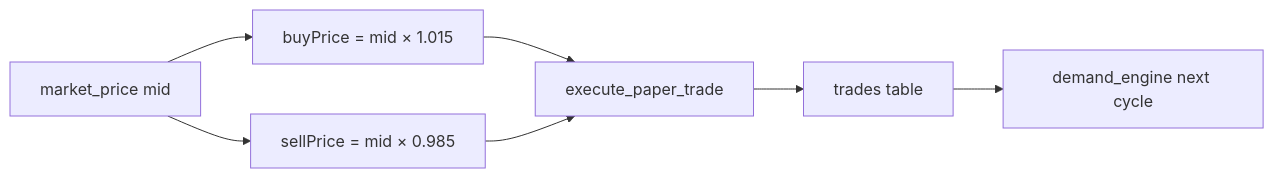
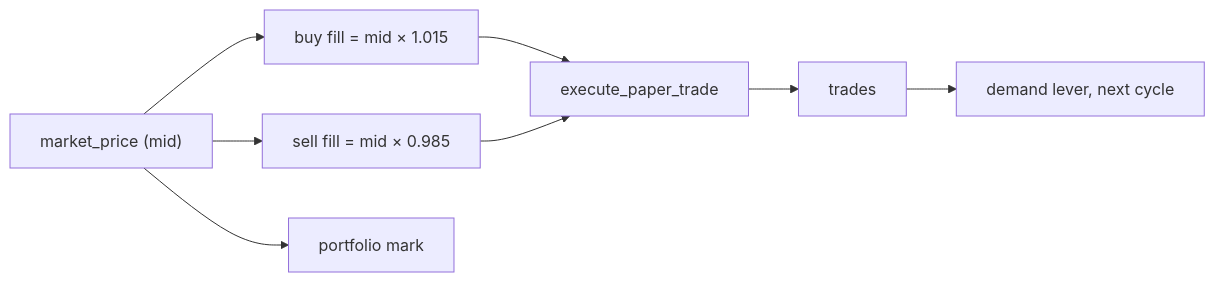
One commit to Arya85693/NBA-superstar-prediction changed the second of 2 diagrams in docs/MARKET_PRICING_ENGINE.md. Above: the diagram before and after it, drawn with Mermaid. The commit also changed other lines of this file and 35 other files, not shown here.

First line of the commit message:
Price performance once in Fair Value and make market cycles safe to re-run.

````diff
--- a/docs/MARKET_PRICING_ENGINE.md
+++ b/docs/MARKET_PRICING_ENGINE.md
@@ -195,9 +206,10 @@
 ```mermaid
 flowchart LR
-  MID["market_price mid"] --> BUY["buyPrice = mid × 1.015"]
-  MID --> SELL["sellPrice = mid × 0.985"]
+  MID["market_price (mid)"] --> BUY["buy fill = mid × 1.015"]
+  MID --> SELL["sell fill = mid × 0.985"]
   BUY --> RPC["execute_paper_trade"]
   SELL --> RPC
-  RPC --> TRADES["trades table"]
-  TRADES --> DEM["demand_engine next cycle"]
+  RPC --> TRADES["trades"]
+  TRADES --> DEM["demand lever, next cycle"]
+  MID --> MARK["portfolio mark"]
 ```
````
